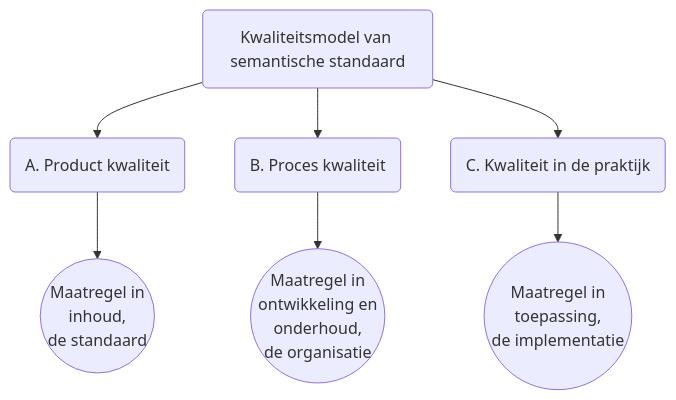
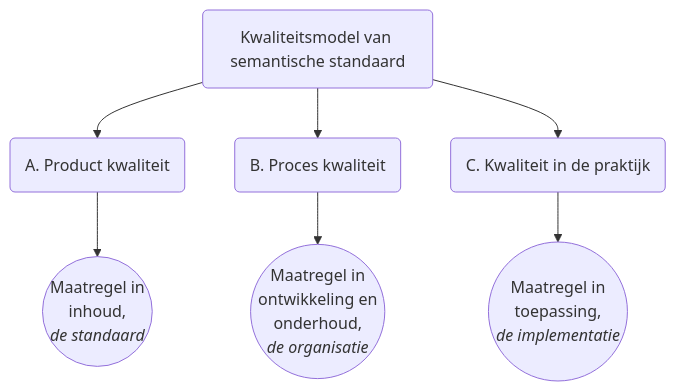
Before and after one commit to Logius-standaarden/BOMOS-Verdieping: the first of 2 diagrams in ch02_Tactiek.md, drawn with Mermaid. The commit also changed other lines of this file, not shown here.

Commit message:
Update ch02_Tactiek.md
Referentie, italics in figuur

````diff
--- a/ch02_Tactiek.md
+++ b/ch02_Tactiek.md
@@ -984,16 +984,16 @@
 ```mermaid
 graph TD;
     kwaliteit(Kwaliteitsmodel van semantische standaard);
     product(A. Product kwaliteit);
     proces(B. Proces kwaliteit);
     praktijk(C. Kwaliteit in de praktijk);
-    standaard((Maatregel in<br>inhoud,<br>de standaard));
-    organisatie((Maatregel in<br>ontwikkeling en<br>onderhoud,<br>de organisatie));
-    implementatie((Maatregel in<br>toepassing,<br>de implementatie));
+    standaard((Maatregel in<br>inhoud,<br><i>de standaard</i>));
+    organisatie((Maatregel in<br>ontwikkeling en<br>onderhoud,<br><i>de organisatie</i>));
+    implementatie((Maatregel in<br>toepassing,<br><i>de implementatie</i>));
     kwaliteit-->product;
     kwaliteit-->proces;
     kwaliteit-->praktijk;
     product-->standaard;
     proces-->organisatie;
     praktijk-->implementatie;
 ```
````
